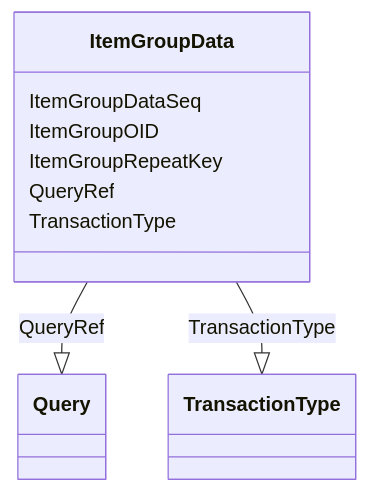
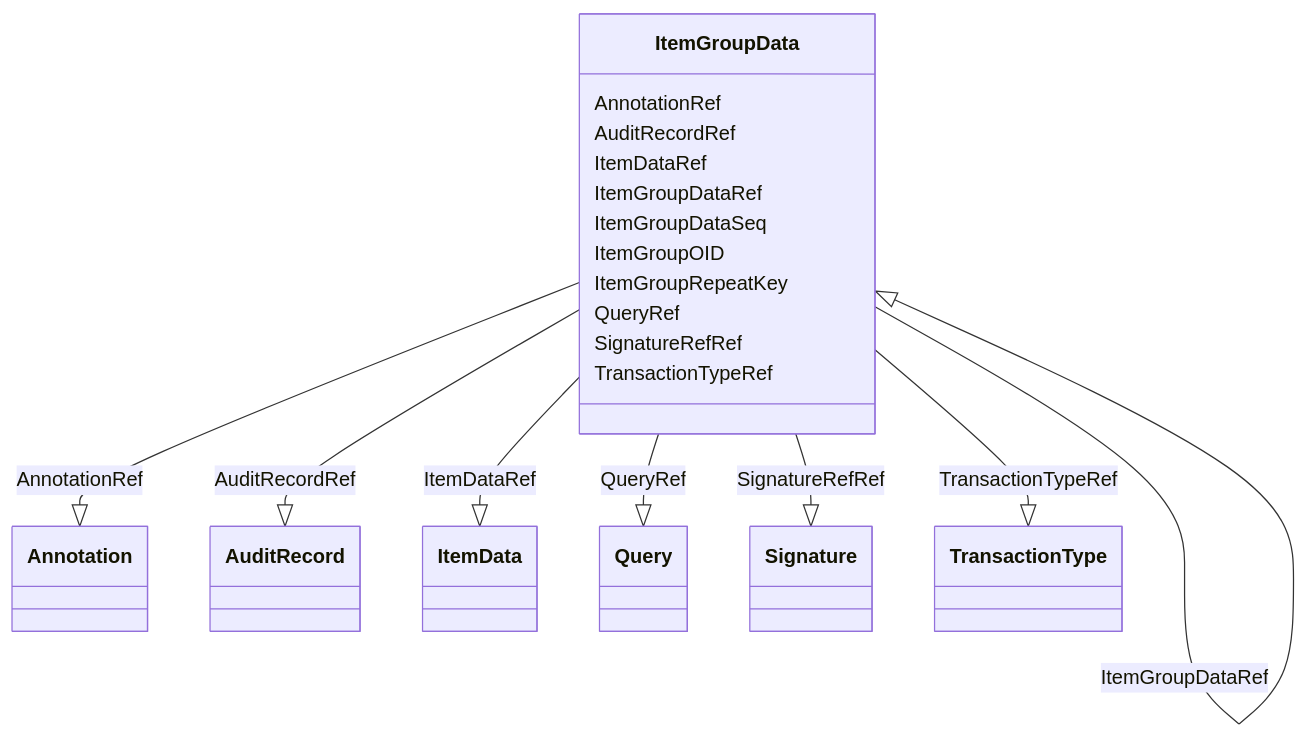
The diagram in docs/ItemGroupData.md (cdisc-org/DataExchange-ODM-LinkML), drawn with Mermaid before and after one commit. The commit also changed other lines of this file and 398 other files, not shown here.

Commit message:
refreshing for latest updates to schema

````diff
--- a/docs/ItemGroupData.md
+++ b/docs/ItemGroupData.md
@@ -9,19 +9,39 @@
 ```mermaid
  classDiagram
     class ItemGroupData
+      ItemGroupData : AnnotationRef
+        
+          ItemGroupData --|> Annotation : AnnotationRef
+        
+      ItemGroupData : AuditRecordRef
+        
+          ItemGroupData --|> AuditRecord : AuditRecordRef
+        
+      ItemGroupData : ItemDataRef
+        
+          ItemGroupData --|> ItemData : ItemDataRef
+        
+      ItemGroupData : ItemGroupDataRef
+        
+          ItemGroupData --|> ItemGroupData : ItemGroupDataRef
+        
       ItemGroupData : ItemGroupDataSeq
         
       ItemGroupData : ItemGroupOID
         
       ItemGroupData : ItemGroupRepeatKey
         
       ItemGroupData : QueryRef
         
           ItemGroupData --|> Query : QueryRef
         
-      ItemGroupData : TransactionType
+      ItemGroupData : SignatureRefRef
         
-          ItemGroupData --|> TransactionType : TransactionType
+          ItemGroupData --|> Signature : SignatureRefRef
+        
+      ItemGroupData : TransactionTypeRef
+        
+          ItemGroupData --|> TransactionType : TransactionTypeRef
         
       
 ```
````
